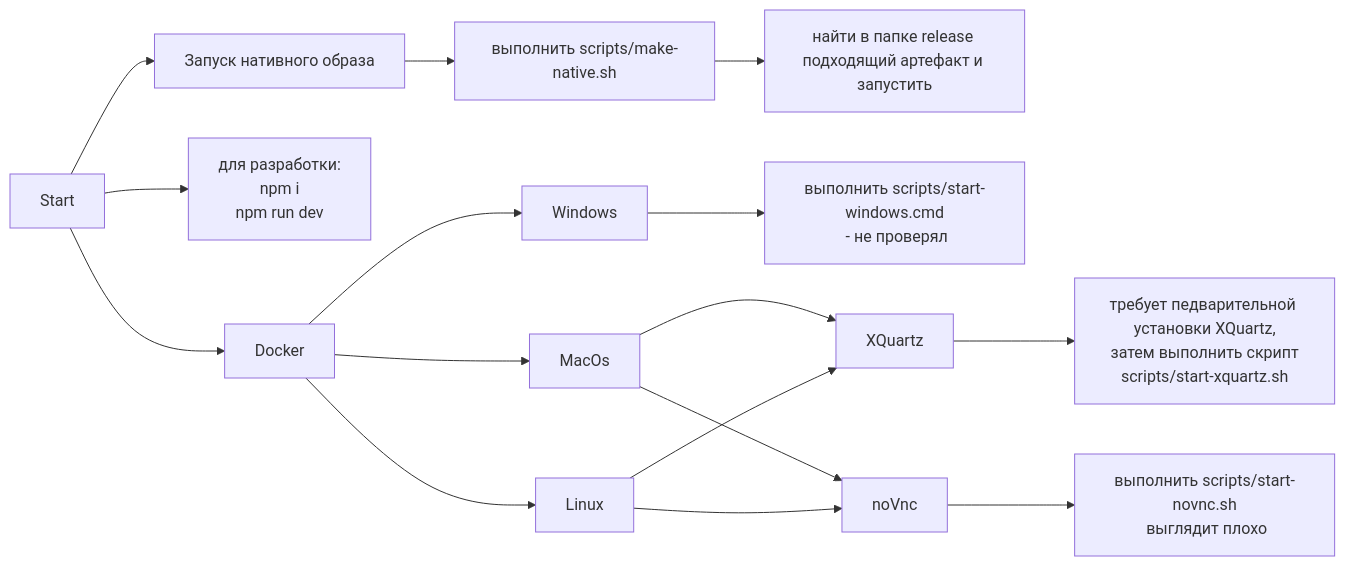
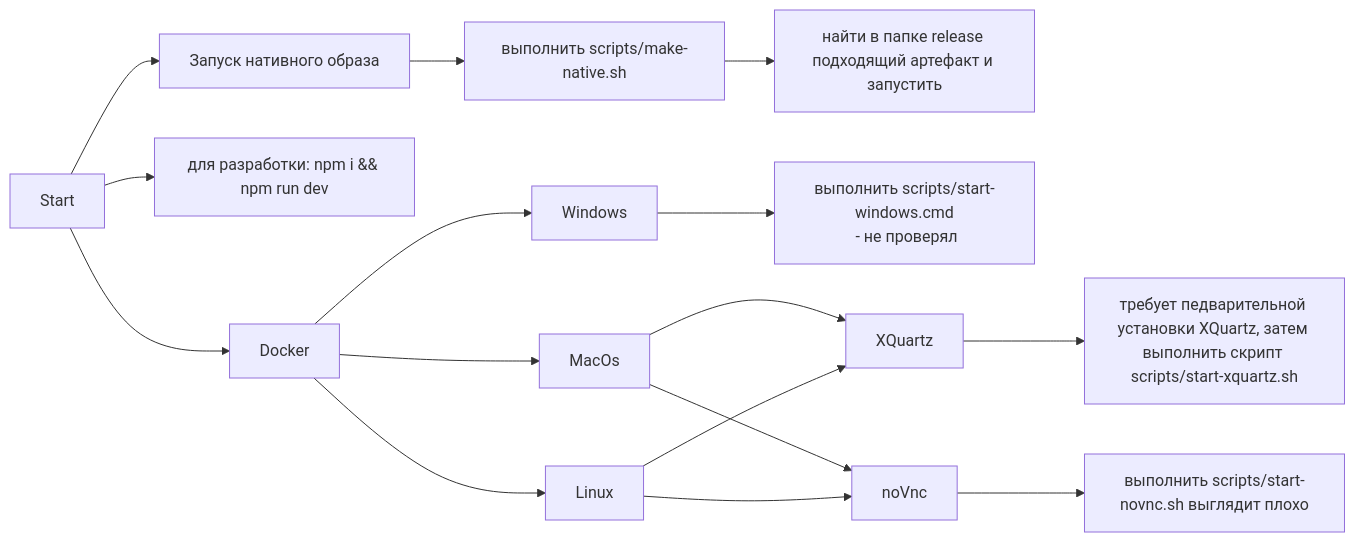
Before and after one commit to abanshin-an/actio: the diagram in README.md, drawn with Mermaid.

Commit message:
v1 fix docs

````diff
--- a/README.md
+++ b/README.md
@@ -16,18 +16,18 @@
 ```mermaid
 flowchart LR
   Start --> Native[Запуск нативного образа]
   Native --> Run[выполнить scripts/make-native.sh]
   Run --> RunOs[найти в папке release подходящий артефакт и запустить]
-  Start --> Dev[для разработки: \n npm i \n npm run dev]
+  Start --> Dev[для разработки: npm i && npm run dev]
   Start --> Docker
   Docker --> MacOs
   Docker --> Linux
   Docker --> Windows
   Windows --> RunWindows[выполнить scripts/start-windows.cmd\n - не проверял ]
   MacOs --> XQuartz
   MacOs --> noVnc
   Linux --> XQuartz
   Linux --> noVnc 
-  noVnc --> script1[выполнить scripts/start-novnc.sh\n выглядит плохо]
-  XQuartz --> script2[требует педварительной установки XQuartz,\n затем выполнить скрипт scripts/start-xquartz.sh] 
+  noVnc --> script1[выполнить scripts/start-novnc.sh выглядит плохо]
+  XQuartz --> script2[требует педварительной установки XQuartz, затем выполнить скрипт scripts/start-xquartz.sh] 
 ```
````
